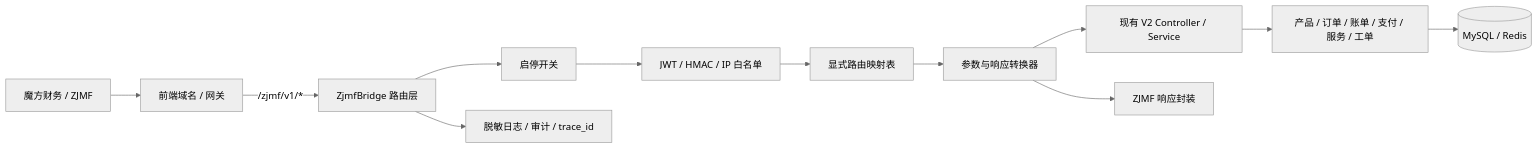
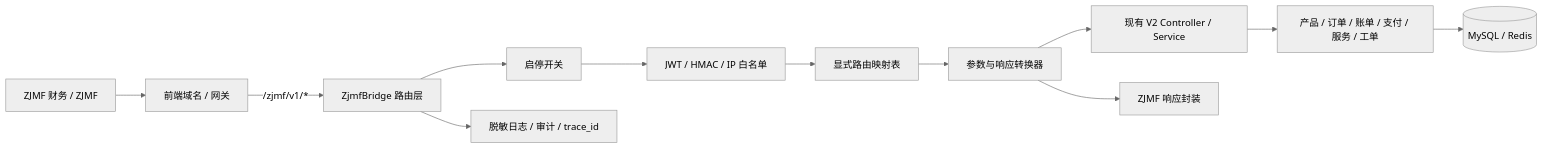
The diagram in 文档/开发文档/集成/ZJMF对接Caiwu中间层方案.md (HaoSehu/caiwu), drawn with Mermaid (neutral theme) before and after one commit. The commit also changed other lines of this file and 17 other files, not shown here.

````diff
--- a/文档/开发文档/集成/ZJMF对接Caiwu中间层方案.md
+++ b/文档/开发文档/集成/ZJMF对接Caiwu中间层方案.md
@@ -188,14 +188,14 @@
 ```mermaid
 flowchart LR
-    ZJMF[魔方财务 / ZJMF] --> CDN[前端域名 / 网关]
+    ZJMF[ZJMF 财务 / ZJMF] --> CDN[前端域名 / 网关]
     CDN -->|/zjmf/v1/*| Bridge[ZjmfBridge 路由层]
     Bridge --> Enabled[启停开关]
     Enabled --> Auth[JWT / HMAC / IP 白名单]
     Auth --> Router[显式路由映射表]
     Router --> Mapper[参数与响应转换器]
     Mapper --> CaiwuAPI[现有 V2 Controller / Service]
     CaiwuAPI --> Domain[产品 / 订单 / 账单 / 支付 / 服务 / 工单]
     Domain --> DB[(MySQL / Redis)]
     Mapper --> Response[ZJMF 响应封装]
     Bridge --> Log[脱敏日志 / 审计 / trace_id]
 ```
````
